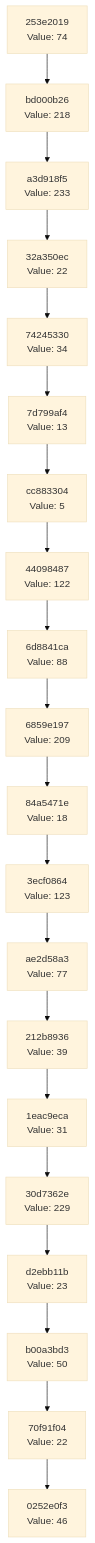
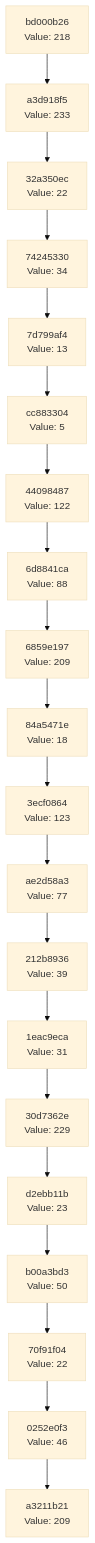
One commit to Abhisheksinha1506/hash-chain-evolver changed the diagram in docs/CHAIN_VISUALIZATION.md. Above: the diagram before and after it, drawn with Mermaid (base theme). The commit also changed 2 other files, not shown here.

Commit message:
Evolution step: hash 0xD1 → action executed

````diff
--- a/docs/CHAIN_VISUALIZATION.md
+++ b/docs/CHAIN_VISUALIZATION.md
@@ -3,42 +3,42 @@
 ```mermaid
 graph TD
-    C0["0252e0f3<br/>Value: 46"]
-    C1["70f91f04<br/>Value: 22"]
+    C0["a3211b21<br/>Value: 209"]
+    C1["0252e0f3<br/>Value: 46"]
     C1 --> C0
-    C2["b00a3bd3<br/>Value: 50"]
+    C2["70f91f04<br/>Value: 22"]
     C2 --> C1
-    C3["d2ebb11b<br/>Value: 23"]
+    C3["b00a3bd3<br/>Value: 50"]
     C3 --> C2
-    C4["30d7362e<br/>Value: 229"]
+    C4["d2ebb11b<br/>Value: 23"]
     C4 --> C3
-    C5["1eac9eca<br/>Value: 31"]
+    C5["30d7362e<br/>Value: 229"]
     C5 --> C4
-    C6["212b8936<br/>Value: 39"]
+    C6["1eac9eca<br/>Value: 31"]
     C6 --> C5
-    C7["ae2d58a3<br/>Value: 77"]
+    C7["212b8936<br/>Value: 39"]
     C7 --> C6
-    C8["3ecf0864<br/>Value: 123"]
+    C8["ae2d58a3<br/>Value: 77"]
     C8 --> C7
-    C9["84a5471e<br/>Value: 18"]
+    C9["3ecf0864<br/>Value: 123"]
     C9 --> C8
-    C10["6859e197<br/>Value: 209"]
+    C10["84a5471e<br/>Value: 18"]
     C10 --> C9
-    C11["6d8841ca<br/>Value: 88"]
+    C11["6859e197<br/>Value: 209"]
     C11 --> C10
-    C12["44098487<br/>Value: 122"]
+    C12["6d8841ca<br/>Value: 88"]
     C12 --> C11
-    C13["cc883304<br/>Value: 5"]
+    C13["44098487<br/>Value: 122"]
     C13 --> C12
-    C14["7d799af4<br/>Value: 13"]
+    C14["cc883304<br/>Value: 5"]
     C14 --> C13
-    C15["74245330<br/>Value: 34"]
+    C15["7d799af4<br/>Value: 13"]
     C15 --> C14
-    C16["32a350ec<br/>Value: 22"]
+    C16["74245330<br/>Value: 34"]
     C16 --> C15
-    C17["a3d918f5<br/>Value: 233"]
+    C17["32a350ec<br/>Value: 22"]
     C17 --> C16
-    C18["bd000b26<br/>Value: 218"]
+    C18["a3d918f5<br/>Value: 233"]
     C18 --> C17
-    C19["253e2019<br/>Value: 74"]
+    C19["bd000b26<br/>Value: 218"]
     C19 --> C18
 ```
````
